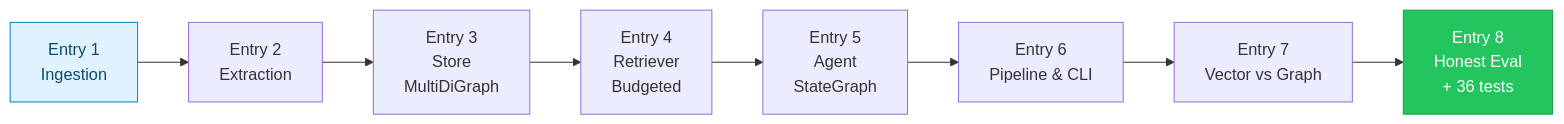
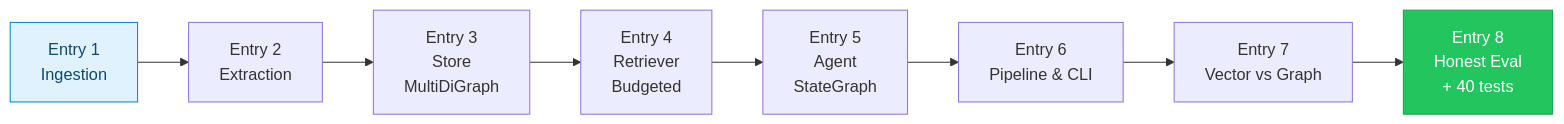
The first of 9 diagrams in LEARNINGS.md (manishwvn/graph_rag), drawn with Mermaid before and after one commit. The commit also changed other lines of this file and 9 other files, not shown here.

````diff
--- a/LEARNINGS.md
+++ b/LEARNINGS.md
@@ -21,12 +21,12 @@
 ```mermaid
 graph LR
   E1["Entry 1<br/>Ingestion"] --> E2["Entry 2<br/>Extraction"]
   E2 --> E3["Entry 3<br/>Store<br/>MultiDiGraph"]
   E3 --> E4["Entry 4<br/>Retriever<br/>Budgeted"]
   E4 --> E5["Entry 5<br/>Agent<br/>StateGraph"]
   E5 --> E6["Entry 6<br/>Pipeline & CLI"]
   E6 --> E7["Entry 7<br/>Vector vs Graph"]
-  E7 --> E8["Entry 8<br/>Honest Eval<br/>+ 36 tests"]
+  E7 --> E8["Entry 8<br/>Honest Eval<br/>+ 40 tests"]
   style E8 fill:#22C55E,stroke:#16A34A,color:#fff
   style E1 fill:#E0F2FE,stroke:#0284C7,color:#0C4A6E
 ```
````
